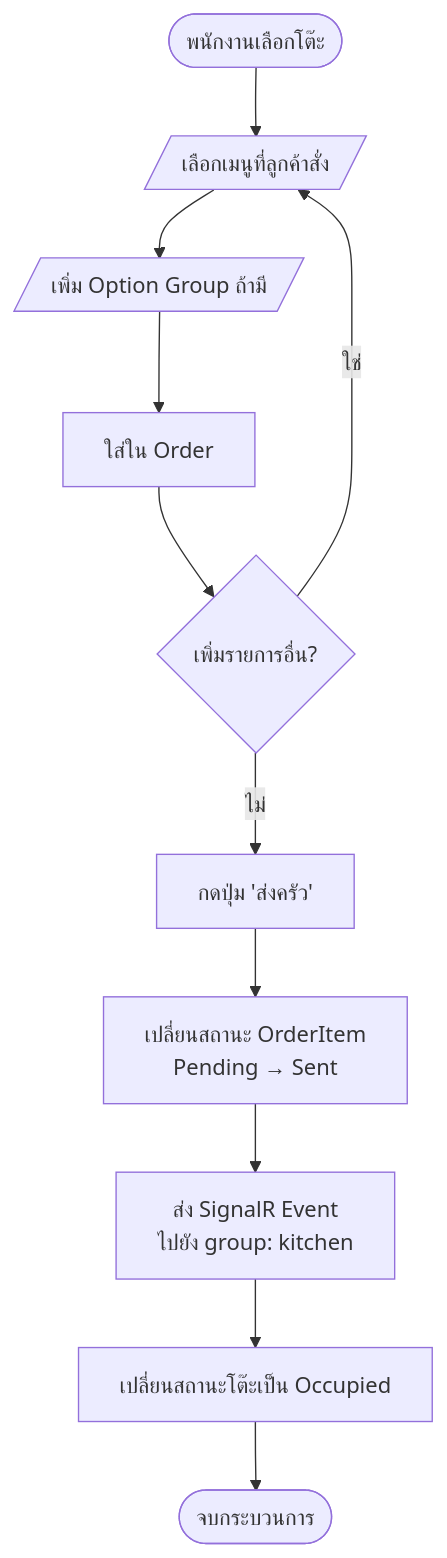
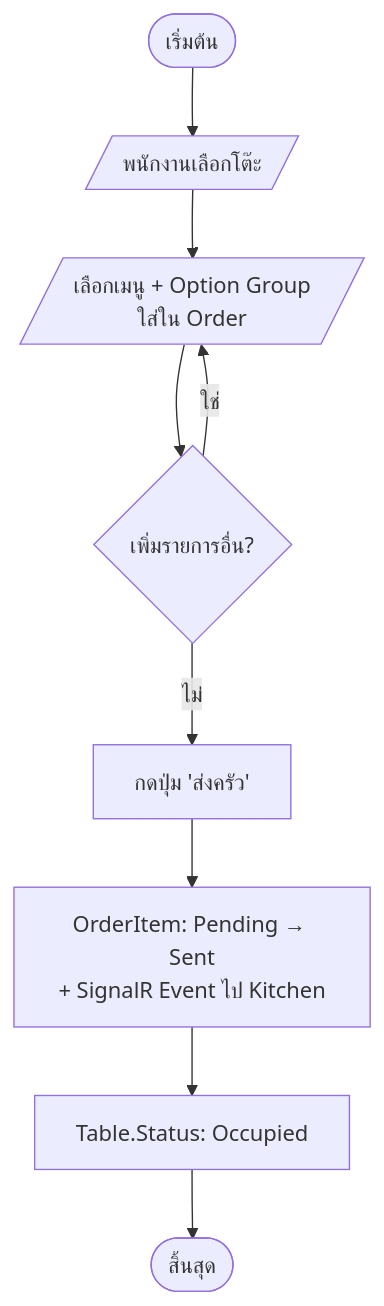
Diagram 19 of 28 in doc/report/05-chapter-3-design.md (TurkPhakim/RBMS-POS-Website), drawn with Mermaid before and after one commit. The commit also changed other lines of this file and 7 other files, not shown here.

````diff
--- a/doc/report/05-chapter-3-design.md
+++ b/doc/report/05-chapter-3-design.md
@@ -771,13 +712,11 @@
 ```mermaid
 flowchart TD
-    A([พนักงานเลือกโต๊ะ]) --> B[/เลือกเมนูที่ลูกค้าสั่ง/]
-    B --> C[/เพิ่ม Option Group ถ้ามี/]
-    C --> D[ใส่ใน Order]
-    D --> E{เพิ่มรายการอื่น?}
-    E -- ใช่ --> B
-    E -- ไม่ --> F[กดปุ่ม 'ส่งครัว']
-    F --> G[เปลี่ยนสถานะ OrderItem<br/>Pending → Sent]
-    G --> H[ส่ง SignalR Event<br/>ไปยัง group: kitchen]
-    H --> I[เปลี่ยนสถานะโต๊ะเป็น Occupied]
-    I --> J([จบกระบวนการ])
+    Start([เริ่มต้น]) --> A[/พนักงานเลือกโต๊ะ/]
+    A --> B[/เลือกเมนู + Option Group<br/>ใส่ใน Order/]
+    B --> C{เพิ่มรายการอื่น?}
+    C -- ใช่ --> B
+    C -- ไม่ --> D[กดปุ่ม 'ส่งครัว']
+    D --> E[OrderItem: Pending → Sent<br/>+ SignalR Event ไป Kitchen]
+    E --> F[Table.Status: Occupied]
+    F --> End([สิ้นสุด])
 ```
````
